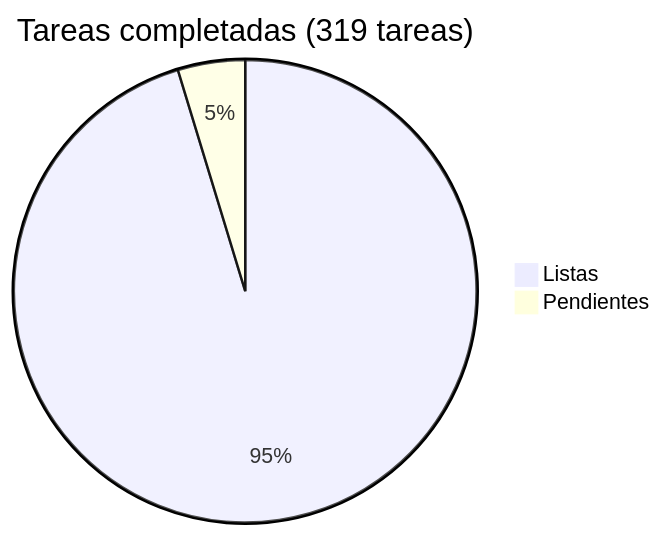
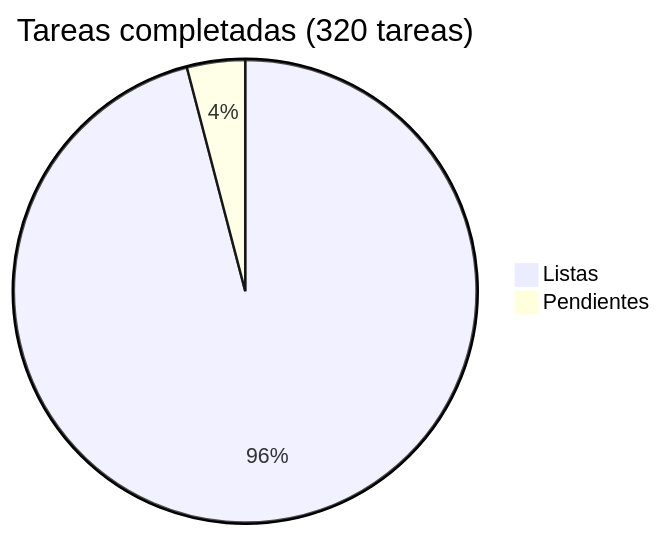
Before and after one commit to araguaney-lat/araguaney: the diagram in docs/roadmap/README.md, drawn with Mermaid. The commit also changed other lines of this file and 2 other files, not shown here.

````diff
--- a/docs/roadmap/README.md
+++ b/docs/roadmap/README.md
@@ -5,5 +5,5 @@
 ```mermaid
-pie title Tareas completadas (319 tareas)
-    "Listas" : 304
-    "Pendientes" : 15
+pie title Tareas completadas (320 tareas)
+    "Listas" : 307
+    "Pendientes" : 13
 ```
````
